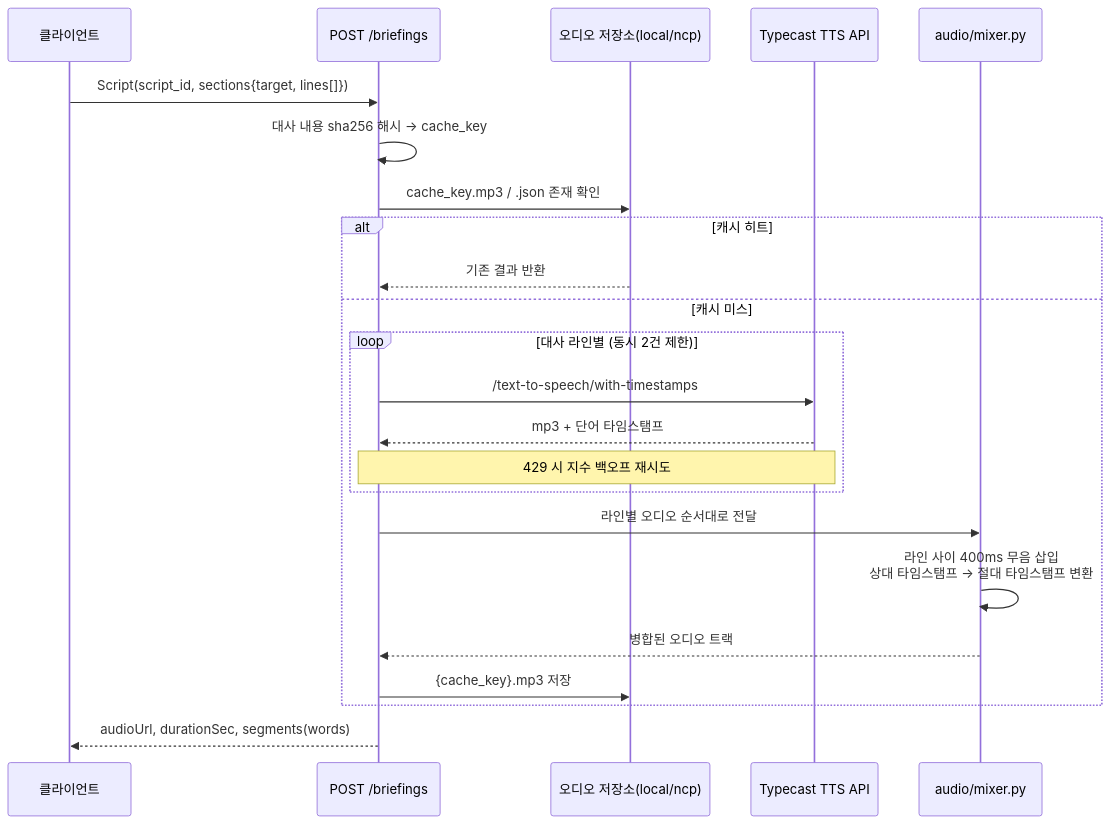
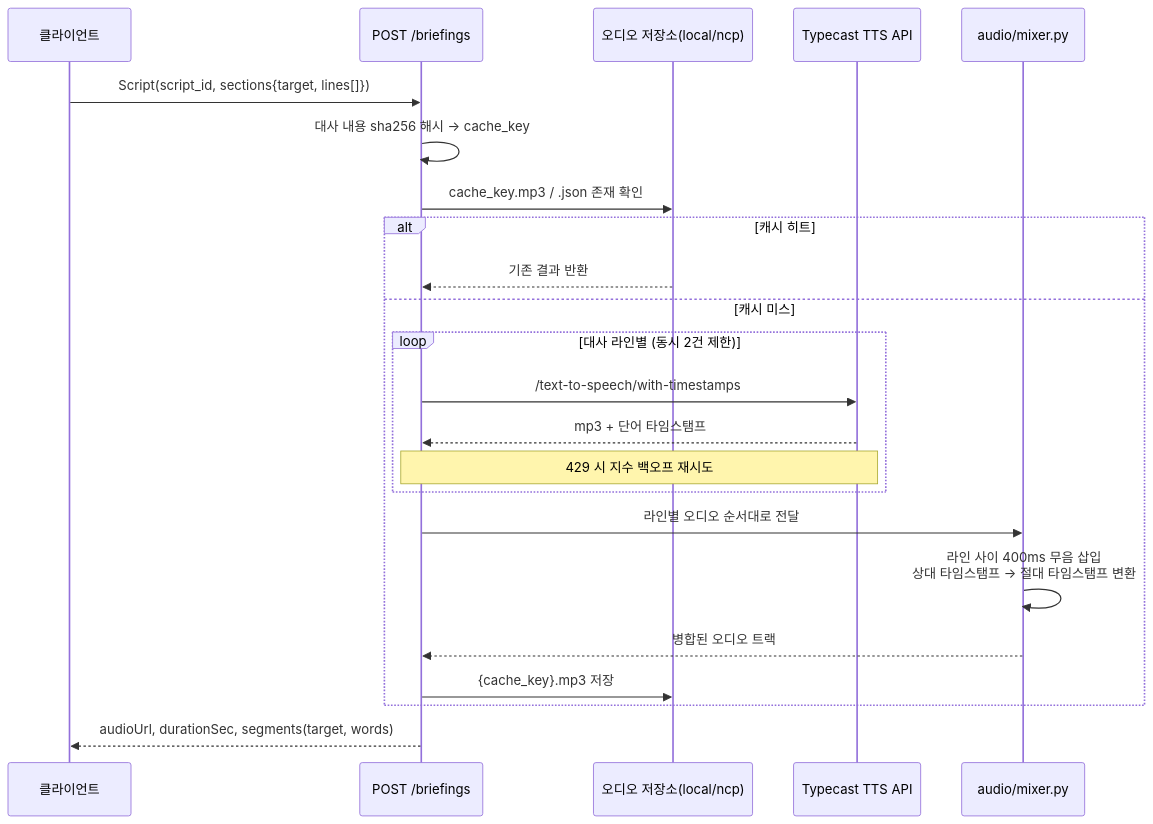
The diagram in tts-service/README.md (kom-cast/kom-cast-ai), drawn with Mermaid before and after one commit. The commit also changed other lines of this file and 2 other files, not shown here.

````diff
--- a/tts-service/README.md
+++ b/tts-service/README.md
@@ -25,28 +25,28 @@
 ```mermaid
 sequenceDiagram
     participant Client as 클라이언트
     participant API as POST /briefings
     participant Cache as 오디오 저장소(local/ncp)
     participant Typecast as Typecast TTS API
     participant Mixer as audio/mixer.py
 
     Client->>API: Script(script_id, sections{target, lines[]})
     API->>API: 대사 내용 sha256 해시 → cache_key
     API->>Cache: cache_key.mp3 / .json 존재 확인
 
     alt 캐시 히트
         Cache-->>API: 기존 결과 반환
     else 캐시 미스
         loop 대사 라인별 (동시 2건 제한)
             API->>Typecast: /text-to-speech/with-timestamps
             Typecast-->>API: mp3 + 단어 타임스탬프
             Note over API,Typecast: 429 시 지수 백오프 재시도
         end
         API->>Mixer: 라인별 오디오 순서대로 전달
         Mixer->>Mixer: 라인 사이 400ms 무음 삽입<br/>상대 타임스탬프 → 절대 타임스탬프 변환
         Mixer-->>API: 병합된 오디오 트랙
         API->>Cache: {cache_key}.mp3 저장
     end
 
-    API-->>Client: audioUrl, durationSec, segments(words)
+    API-->>Client: audioUrl, durationSec, segments(target, words)
 ```
````
